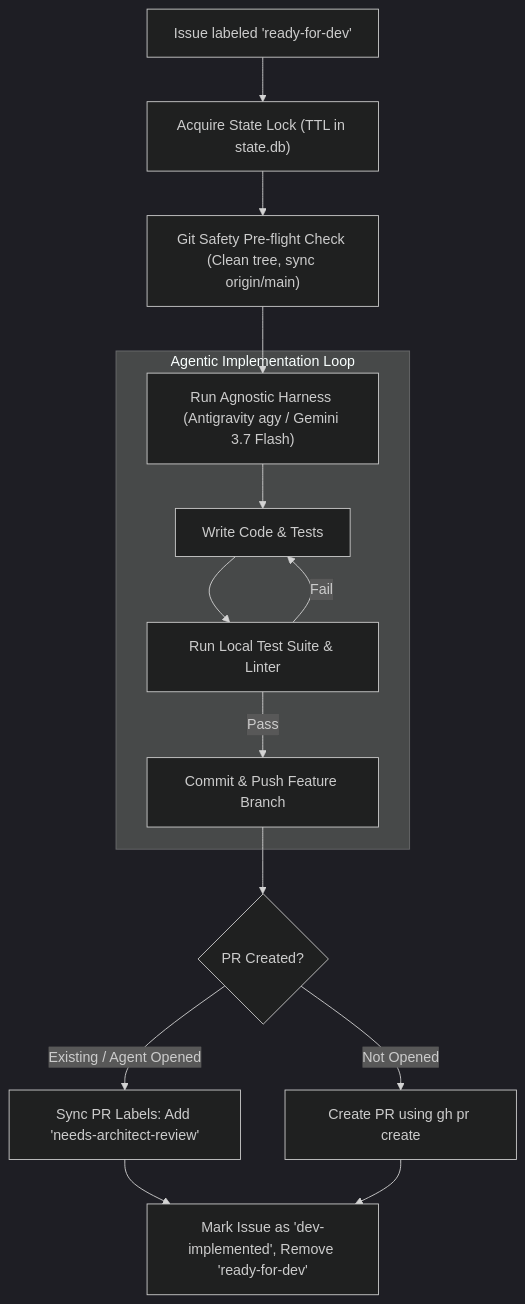
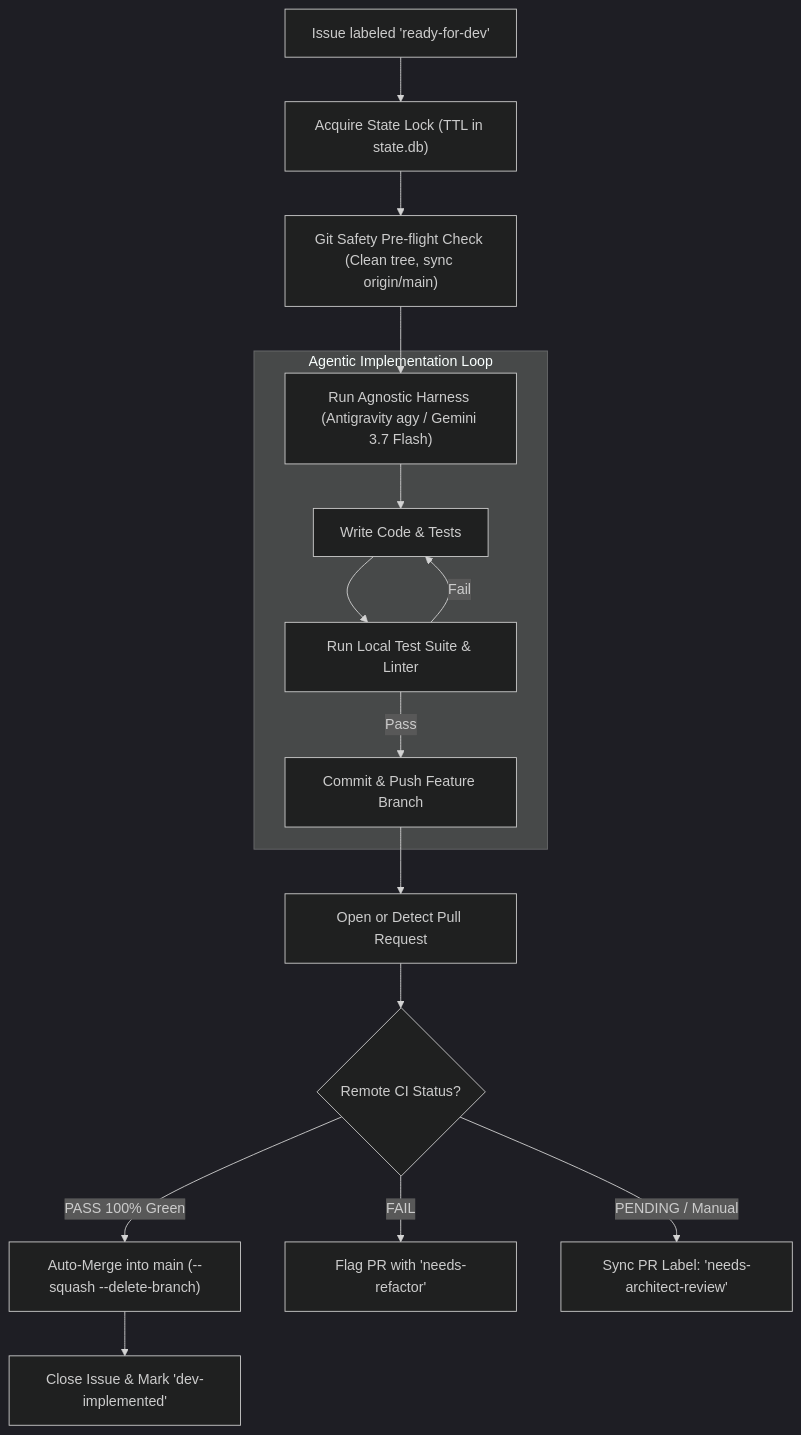
One commit to AntaresAndBharani/graph-engineering changed the diagram in docs/node-devtest.md. Above: the diagram before and after it, drawn with Mermaid (dark theme). The commit also changed other lines of this file and 4 other files, not shown here.

Commit message:
feat(devtest): autonomous e2e CI verification and PR auto-merge

````diff
--- a/docs/node-devtest.md
+++ b/docs/node-devtest.md
@@ -11,19 +11,20 @@
 ```mermaid
 flowchart TD
     Trigger["Issue labeled 'ready-for-dev'"] --> Lock["Acquire State Lock (TTL in state.db)"]
     Lock --> Safety["Git Safety Pre-flight Check (Clean tree, sync origin/main)"]
     Safety --> Harness["Run Agnostic Harness (Antigravity agy / Gemini 3.7 Flash)"]
     
     subgraph Agentic Implementation Loop
         Harness --> Write["Write Code & Tests"]
         Write --> RunTests["Run Local Test Suite & Linter"]
         RunTests -->|Fail| Write
         RunTests -->|Pass| Commit["Commit & Push Feature Branch"]
     end
     
-    Commit --> DetectPR{"PR Created?"}
-    DetectPR -->|Existing / Agent Opened| Sync["Sync PR Labels: Add 'needs-architect-review'"]
-    DetectPR -->|Not Opened| CreatePR["Create PR using gh pr create"]
-    
-    Sync & CreatePR --> Complete["Mark Issue as 'dev-implemented', Remove 'ready-for-dev'"]
+    Commit --> CreatePR["Open or Detect Pull Request"]
+    CreatePR --> CheckCI{"Remote CI Status?"}
+    CheckCI -->|PASS 100% Green| AutoMerge["Auto-Merge into main (--squash --delete-branch)"]
+    AutoMerge --> CloseIssue["Close Issue & Mark 'dev-implemented'"]
+    CheckCI -->|FAIL| RefactorLabel["Flag PR with 'needs-refactor'"]
+    CheckCI -->|PENDING / Manual| ReviewLabel["Sync PR Label: 'needs-architect-review'"]
 ```
````
